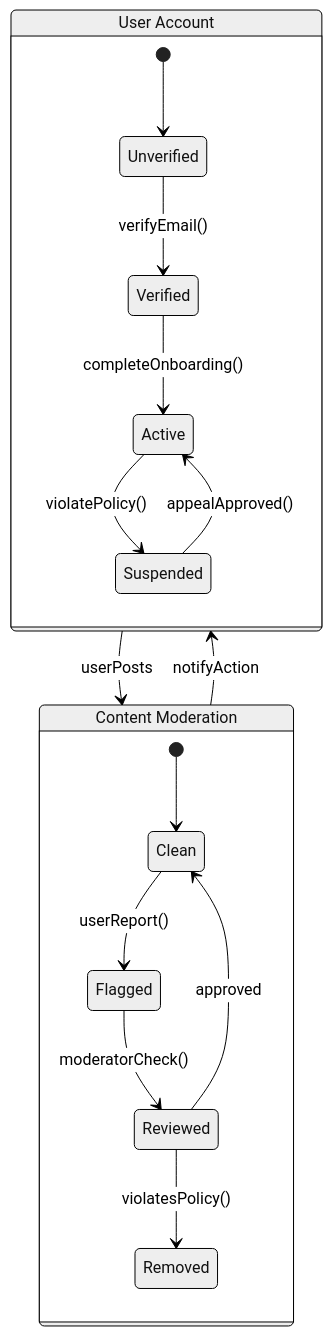
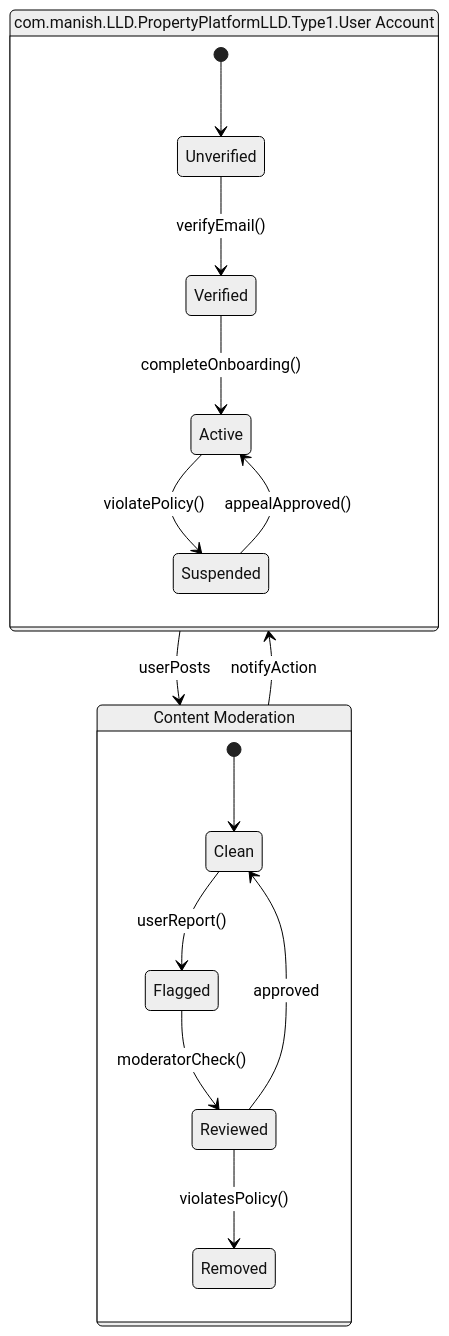
One commit to manu05X/CS-Fundamentals changed the eighth of 10 diagrams in src/main/java/com/manish/LLD/SocialMediaSystemLLD/Notes.md. Above: the diagram before and after it, drawn with Mermaid (neutral theme). The commit also changed other lines of this file and 90 other files, not shown here.

````diff
--- a/src/main/java/com/manish/LLD/SocialMediaSystemLLD/Notes.md
+++ b/src/main/java/com/manish/LLD/SocialMediaSystemLLD/Notes.md
@@ -837,21 +837,21 @@
 ```mermaid
 stateDiagram-v2
-    state "User Account" as user {
+    state "com.manish.LLD.PropertyPlatformLLD.Type1.User Account" as user {
         [*] --> Unverified
         Unverified --> Verified: verifyEmail()
         Verified --> Active: completeOnboarding()
         Active --> Suspended: violatePolicy()
         Suspended --> Active: appealApproved()
     }
 
     state "Content Moderation" as content {
         [*] --> Clean
         Clean --> Flagged: userReport()
         Flagged --> Reviewed: moderatorCheck()
         Reviewed --> Removed: violatesPolicy()
         Reviewed --> Clean: approved
     }
 
     user --> content: userPosts
     content --> user: notifyAction
 ```
````
